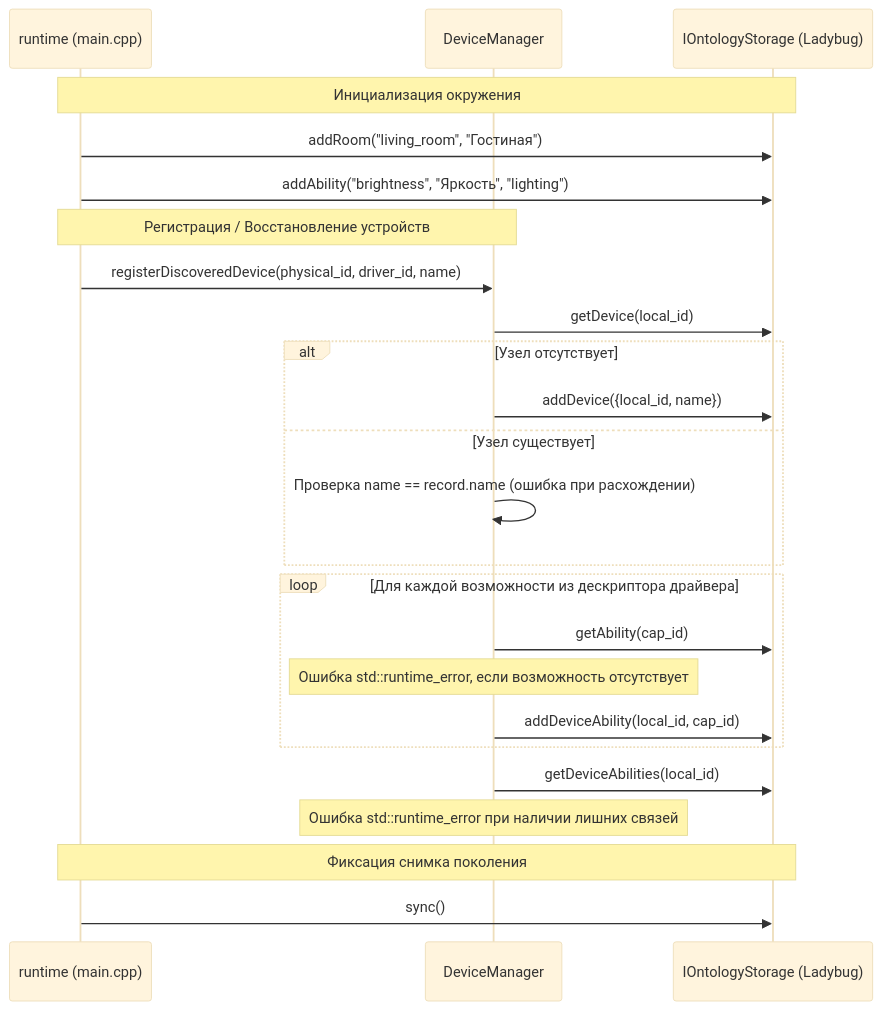
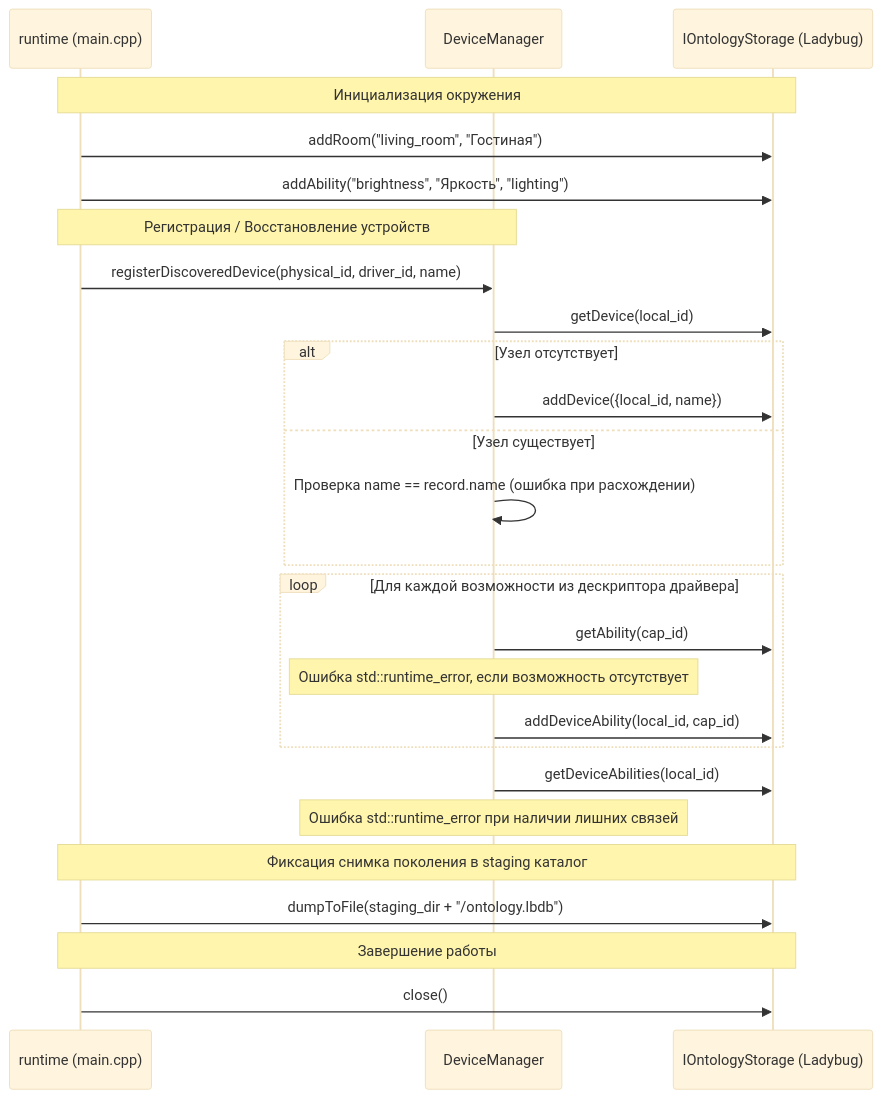
One commit to Krikozyabra/smart_home changed the diagram in specs/ontology/design.md. Above: the diagram before and after it, drawn with Mermaid (base theme). The commit also changed other lines of this file and 2 other files, not shown here.

Commit message:
docs(ontology): refactor ontology specs to meet to consistency of storage

````diff
--- a/specs/ontology/design.md
+++ b/specs/ontology/design.md
@@ -144,30 +164,33 @@
 ```mermaid
 sequenceDiagram
     participant RM as runtime (main.cpp)
     participant DM as DeviceManager
     participant ONT as IOntologyStorage (Ladybug)
 
     Note over RM,ONT: Инициализация окружения
     RM->>ONT: addRoom("living_room", "Гостиная")
     RM->>ONT: addAbility("brightness", "Яркость", "lighting")
     
     Note over RM,DM: Регистрация / Восстановление устройств
     RM->>DM: registerDiscoveredDevice(physical_id, driver_id, name)
     DM->>ONT: getDevice(local_id)
     alt Узел отсутствует
         DM->>ONT: addDevice({local_id, name})
     else Узел существует
         DM->>DM: Проверка name == record.name (ошибка при расхождении)
     end
     
     loop Для каждой возможности из дескриптора драйвера
         DM->>ONT: getAbility(cap_id)
         Note over DM: Ошибка std::runtime_error, если возможность отсутствует
         DM->>ONT: addDeviceAbility(local_id, cap_id)
     end
     DM->>ONT: getDeviceAbilities(local_id)
     Note over DM: Ошибка std::runtime_error при наличии лишних связей
 
-    Note over RM,ONT: Фиксация снимка поколения
-    RM->>ONT: sync()
+    Note over RM,ONT: Фиксация снимка поколения в staging каталог
+    RM->>ONT: dumpToFile(staging_dir + "/ontology.lbdb")
+
+    Note over RM,ONT: Завершение работы
+    RM->>ONT: close()
 ```
````
